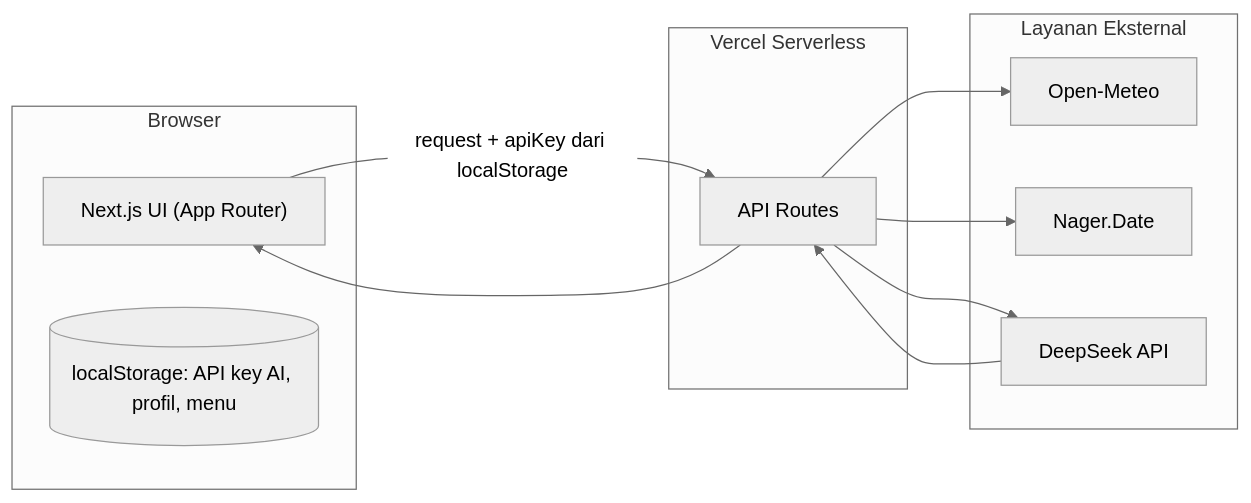
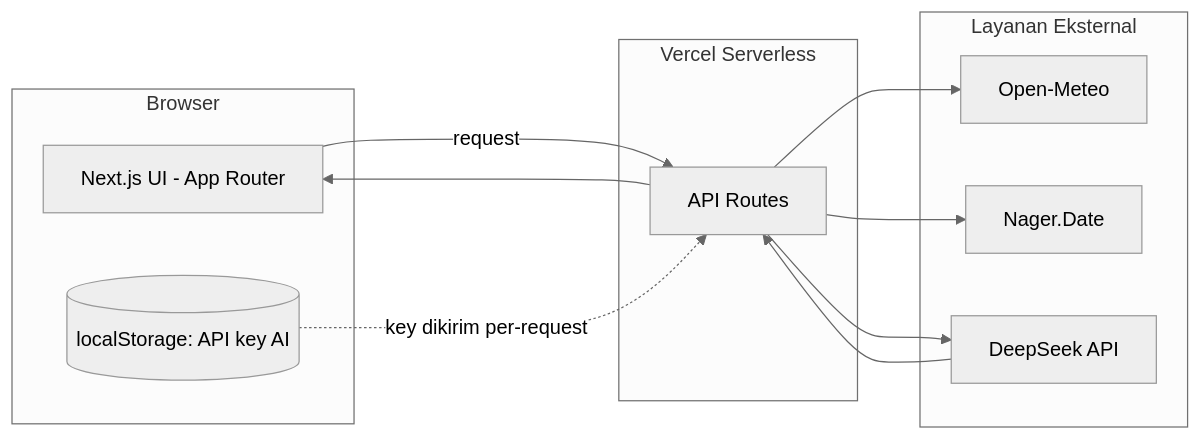
Before and after one commit to IPutuDanaPutra/bizpulse: the second of 2 diagrams in README.md, drawn with Mermaid (neutral theme). The commit also changed other lines of this file and 13 other files, not shown here.

Commit message:
v8: single scrollable Profil Bisnis form, fix Select showing raw value, centered empty states, global card shadow/gradient bg/scroll-fade/tactile buttons, GitHub-safe Mermaid diagrams

````diff
--- a/README.md
+++ b/README.md
@@ -80,20 +80,22 @@
 ```mermaid
 flowchart LR
-    subgraph Client["Browser"]
-        UI["Next.js UI (App Router)"]
-        LS[("localStorage: API key AI, profil, menu")]
+    subgraph Client [Browser]
+        UI["Next.js UI - App Router"]
+        LS[("localStorage: API key AI")]
     end
-    subgraph Server["Vercel Serverless"]
+    subgraph Server [Vercel Serverless]
         API["API Routes"]
     end
-    subgraph External["Layanan Eksternal"]
+    subgraph External [Layanan Eksternal]
         OM["Open-Meteo"]
         ND["Nager.Date"]
         DS["DeepSeek API"]
     end
-    UI -->|request + apiKey dari localStorage| API
+    UI -->|"request"| API
+    LS -.->|"key dikirim per-request"| API
     API --> OM
     API --> ND
     API --> DS
-    DS --> API --> UI
+    DS --> API
+    API --> UI
 ```
````
